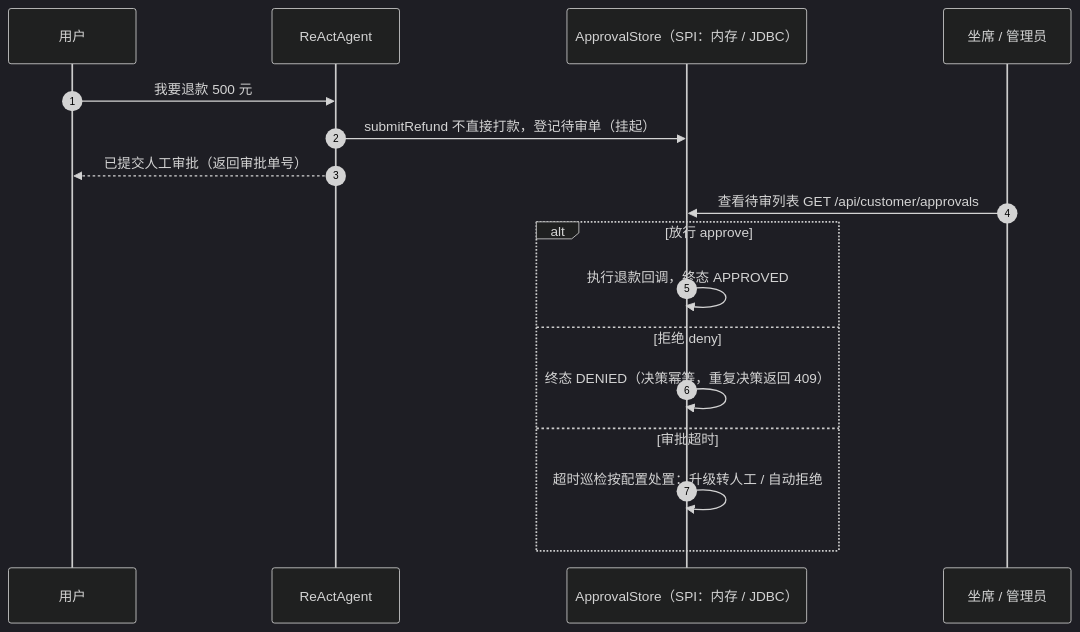
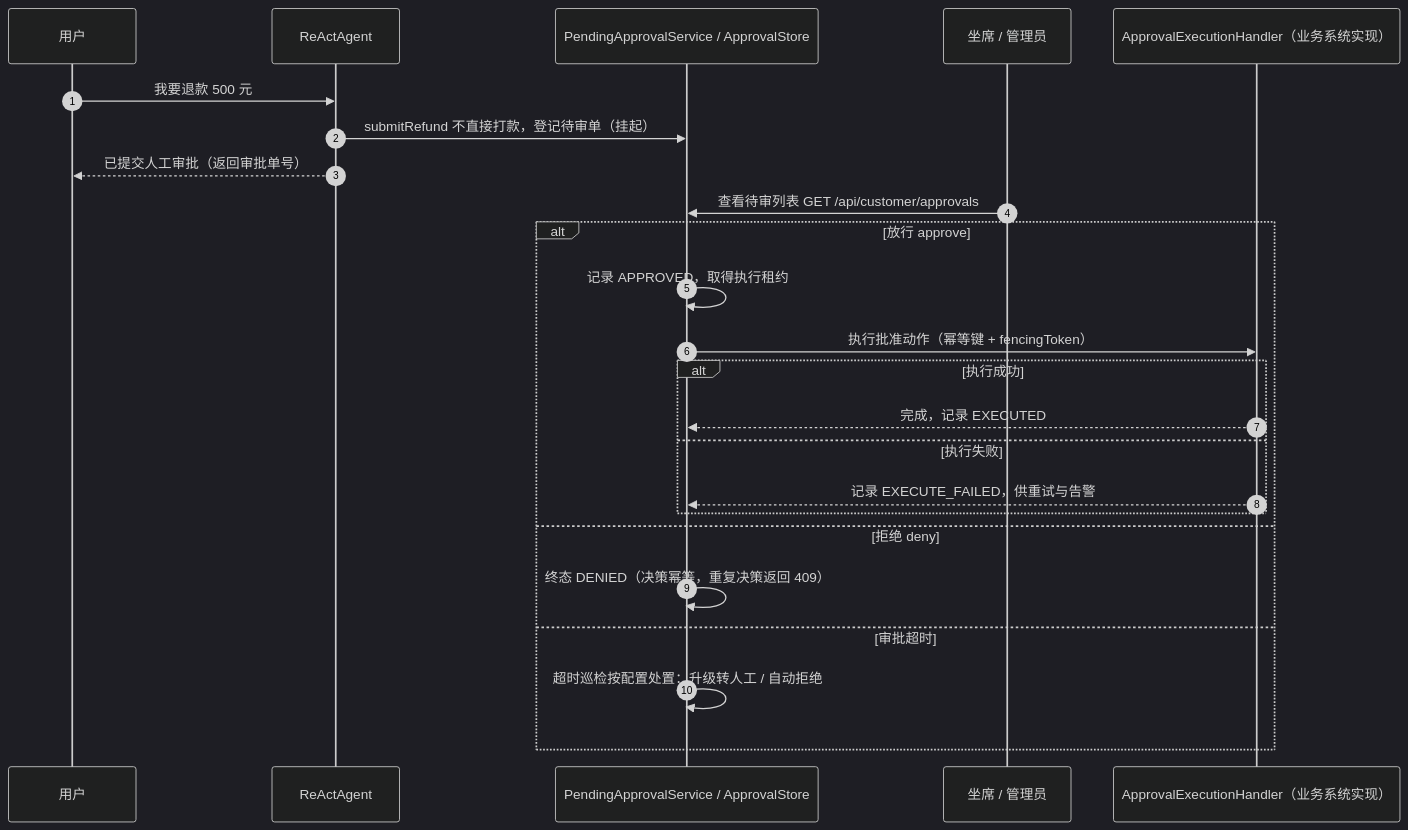
Before and after one commit to liulangjietou/customer_work: the fifth of 7 diagrams in README.md, drawn with Mermaid (dark theme). The commit also changed other lines of this file and 2 other files, not shown here.

Commit message:
docs: 更新项目全景架构图与 README

````diff
--- a/README.md
+++ b/README.md
@@ -272,20 +317,27 @@
 ```mermaid
 sequenceDiagram
     autonumber
     participant U as 用户
     participant A as ReActAgent
-    participant P as ApprovalStore（SPI：内存 / JDBC）
+    participant P as PendingApprovalService / ApprovalStore
     participant S as 坐席 / 管理员
+    participant E as ApprovalExecutionHandler（业务系统实现）
 
     U->>A: 我要退款 500 元
     A->>P: submitRefund 不直接打款，登记待审单（挂起）
     A-->>U: 已提交人工审批（返回审批单号）
     S->>P: 查看待审列表 GET /api/customer/approvals
     alt 放行 approve
-        P->>P: 执行退款回调，终态 APPROVED
+        P->>P: 记录 APPROVED，取得执行租约
+        P->>E: 执行批准动作（幂等键 + fencingToken）
+        alt 执行成功
+            E-->>P: 完成，记录 EXECUTED
+        else 执行失败
+            E-->>P: 记录 EXECUTE_FAILED，供重试与告警
+        end
     else 拒绝 deny
         P->>P: 终态 DENIED（决策幂等，重复决策返回 409）
     else 审批超时
         P->>P: 超时巡检按配置处置：升级转人工 / 自动拒绝
     end
 ```
````
